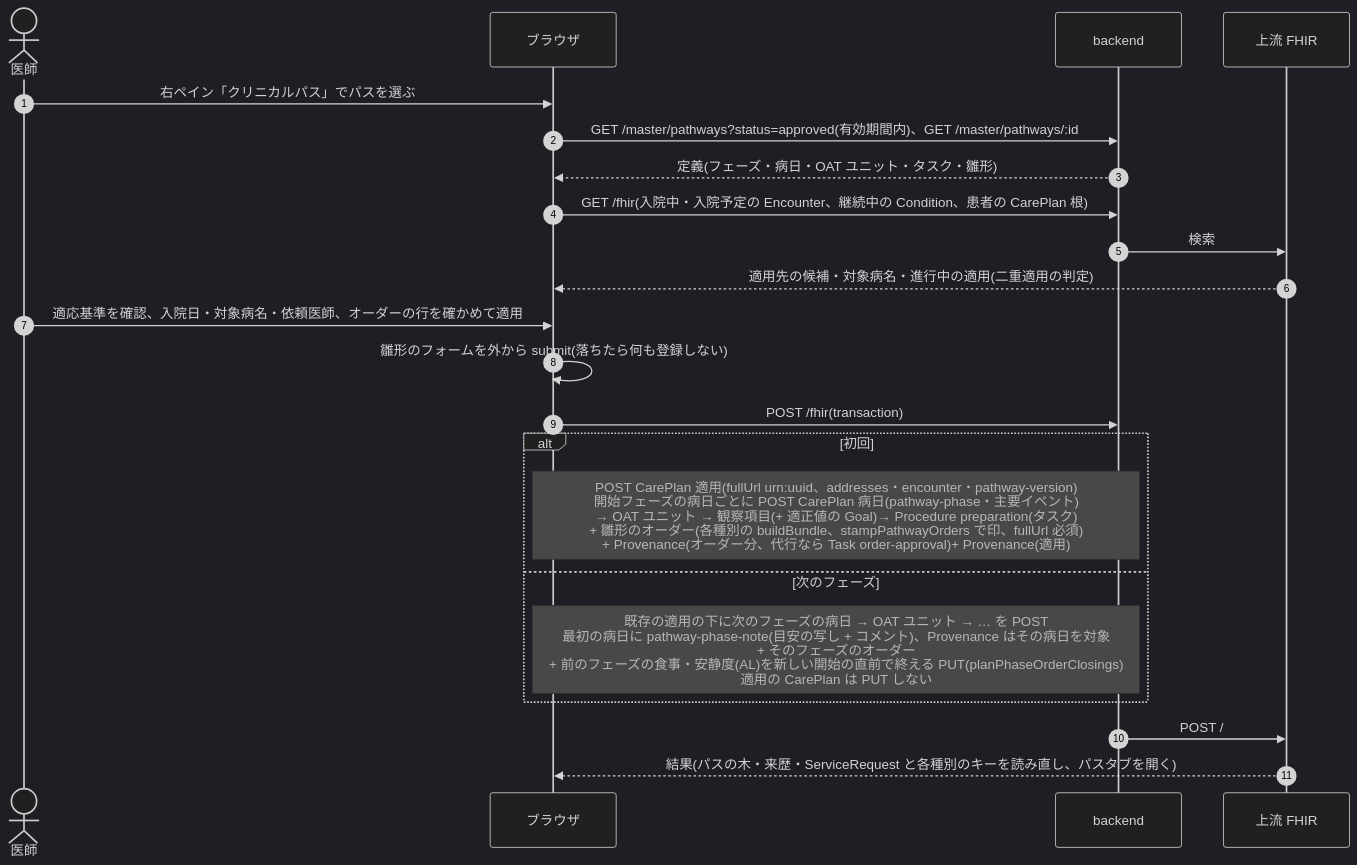
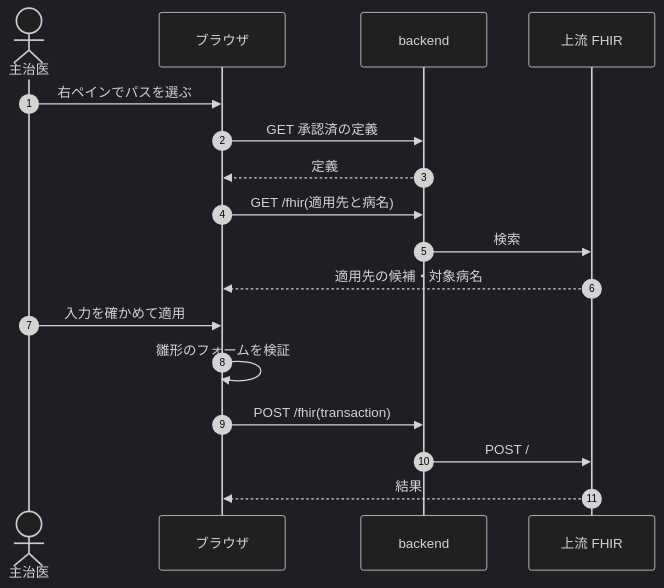
One commit to ysnr-dev/fhir-client-docs changed the fifth of 12 diagrams in docs/dev/clinical-pathway.md. Above: the diagram before and after it, drawn with Mermaid (dark theme). The commit also changed other lines of this file and 43 other files, not shown here.

Commit message:
docs: 業務フローとシーケンス図を写し直し

````diff
--- a/docs/dev/clinical-pathway.md
+++ b/docs/dev/clinical-pathway.md
@@ -107,25 +340,20 @@
 ```mermaid
 sequenceDiagram
   autonumber
-  actor Dr as 医師
+  actor Dr as 主治医
   participant UI as ブラウザ
   participant BE as backend
   participant FHIR as 上流 FHIR
 
-  Dr->>UI: 右ペイン「クリニカルパス」でパスを選ぶ
-  UI->>BE: GET /master/pathways?status=approved(有効期間内)、GET /master/pathways/:id
-  BE-->>UI: 定義(フェーズ・病日・OAT ユニット・タスク・雛形)
-  UI->>BE: GET /fhir(入院中・入院予定の Encounter、継続中の Condition、患者の CarePlan 根)
+  Dr->>UI: 右ペインでパスを選ぶ
+  UI->>BE: GET 承認済の定義
+  BE-->>UI: 定義
+  UI->>BE: GET /fhir(適用先と病名)
   BE->>FHIR: 検索
-  FHIR-->>UI: 適用先の候補・対象病名・進行中の適用(二重適用の判定)
-  Dr->>UI: 適応基準を確認、入院日・対象病名・依頼医師、オーダーの行を確かめて適用
-  UI->>UI: 雛形のフォームを外から submit(落ちたら何も登録しない)
+  FHIR-->>UI: 適用先の候補・対象病名
+  Dr->>UI: 入力を確かめて適用
+  UI->>UI: 雛形のフォームを検証
   UI->>BE: POST /fhir(transaction)
-  alt 初回
-    Note over UI,BE: POST CarePlan 適用(fullUrl urn:uuid、addresses・encounter・pathway-version)<br/>開始フェーズの病日ごとに POST CarePlan 病日(pathway-phase・主要イベント)<br/>→ OAT ユニット → 観察項目(+ 適正値の Goal)→ Procedure preparation(タスク)<br/>+ 雛形のオーダー(各種別の buildBundle、stampPathwayOrders で印、fullUrl 必須)<br/>+ Provenance(オーダー分、代行なら Task order-approval)+ Provenance(適用)
-  else 次のフェーズ
-    Note over UI,BE: 既存の適用の下に次のフェーズの病日 → OAT ユニット → … を POST<br/>最初の病日に pathway-phase-note(目安の写し + コメント)、Provenance はその病日を対象<br/>+ そのフェーズのオーダー<br/>+ 前のフェーズの食事・安静度(AL)を新しい開始の直前で終える PUT(planPhaseOrderClosings)<br/>適用の CarePlan は PUT しない
-  end
   BE->>FHIR: POST /
-  FHIR-->>UI: 結果(パスの木・来歴・ServiceRequest と各種別のキーを読み直し、パスタブを開く)
+  FHIR-->>UI: 結果
 ```
````
